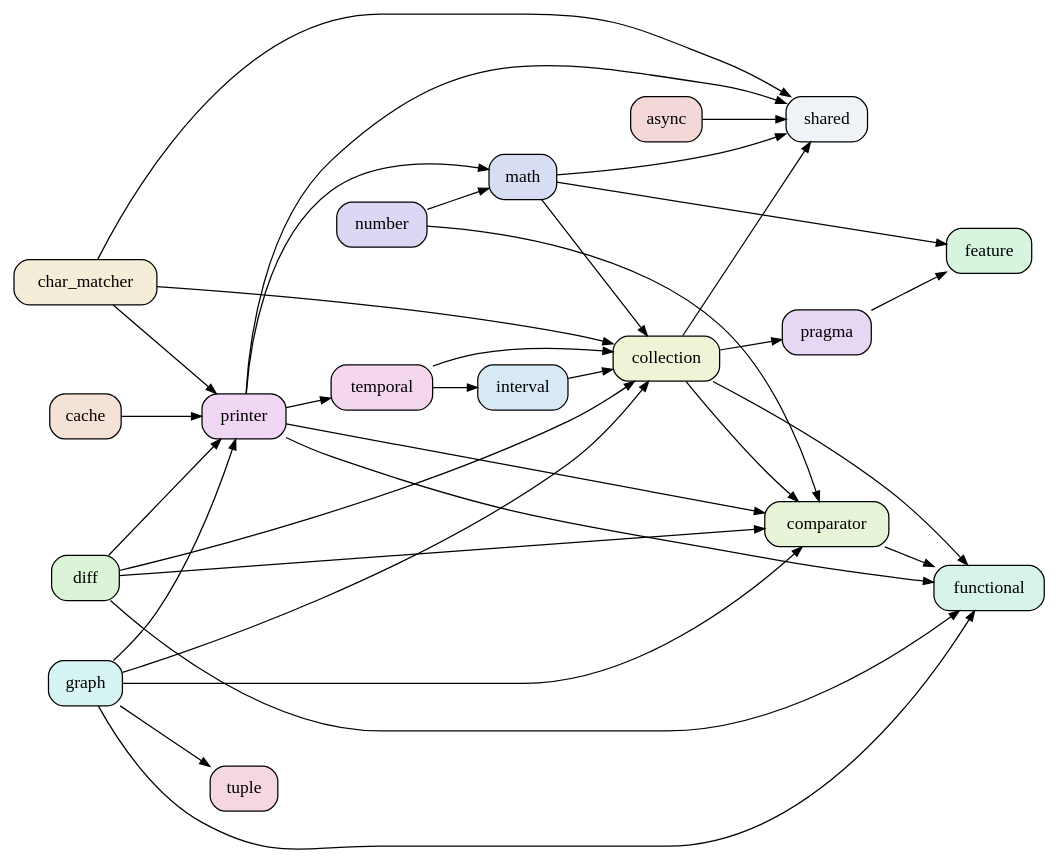
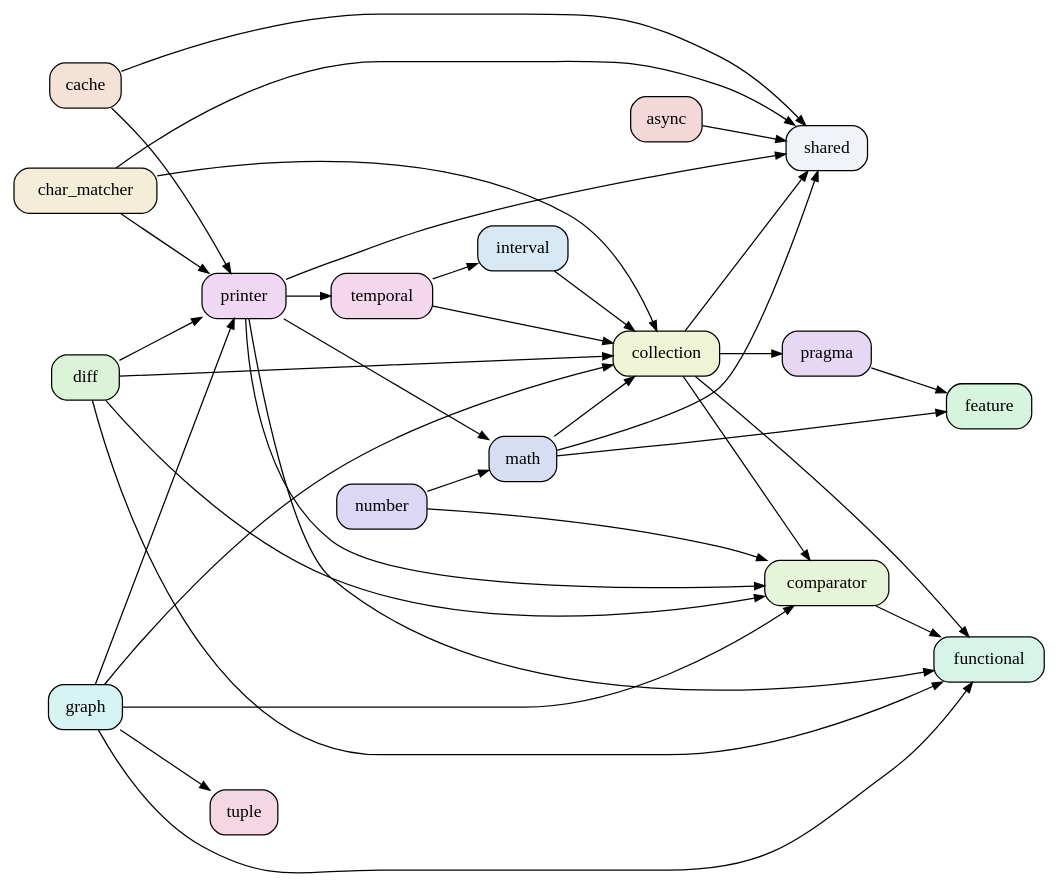
Before and after one commit to renggli/dart-more: the diagram in doc/libs_deps.dot, drawn with Graphviz. The commit also changed 1 other file, not shown here.

Commit message:
Update generated dependency graphs

```diff
--- a/doc/libs_deps.dot
+++ b/doc/libs_deps.dot
@@ -1,53 +1,54 @@
 digraph {
   rankdir=LR;
   0 [label=collection, shape=box, style="rounded,filled", fillcolor="#f0f4d7"];
   1 [label=pragma, shape=box, style="rounded,filled", fillcolor="#e6d7f4"];
   2 [label=shared, shape=box, style="rounded,filled", fillcolor="#f0f4f8"];
   3 [label=comparator, shape=box, style="rounded,filled", fillcolor="#e6f4d7"];
   4 [label=functional, shape=box, style="rounded,filled", fillcolor="#d7f4e9"];
   5 [label=interval, shape=box, style="rounded,filled", fillcolor="#d7e9f4"];
   6 [label=temporal, shape=box, style="rounded,filled", fillcolor="#f4d7ed"];
   7 [label=char_matcher, shape=box, style="rounded,filled", fillcolor="#f4edd7"];
   8 [label=printer, shape=box, style="rounded,filled", fillcolor="#f0d7f4"];
   9 [label=async, shape=box, style="rounded,filled", fillcolor="#f4d7d7"];
   10 [label=cache, shape=box, style="rounded,filled", fillcolor="#f4e2d7"];
   11 [label="graph", shape=box, style="rounded,filled", fillcolor="#d7f4f4"];
   12 [label=tuple, shape=box, style="rounded,filled", fillcolor="#f4d7e2"];
   13 [label=feature, shape=box, style="rounded,filled", fillcolor="#d7f4de"];
   14 [label=number, shape=box, style="rounded,filled", fillcolor="#dbd7f4"];
   15 [label=math, shape=box, style="rounded,filled", fillcolor="#d7def4"];
   16 [label=diff, shape=box, style="rounded,filled", fillcolor="#dbf4d7"];
   0 -> 1 [arrowsize="0.8"];
   0 -> 2 [arrowsize="0.8"];
   0 -> 3 [arrowsize="0.8"];
   0 -> 4 [arrowsize="0.8"];
   1 -> 13 [arrowsize="0.8"];
   3 -> 4 [arrowsize="0.8"];
   5 -> 0 [arrowsize="0.8"];
   6 -> 0 [arrowsize="0.8"];
   6 -> 5 [arrowsize="0.8"];
   7 -> 8 [arrowsize="0.8"];
   7 -> 2 [arrowsize="0.8"];
   7 -> 0 [arrowsize="0.8"];
   8 -> 15 [arrowsize="0.8"];
   8 -> 3 [arrowsize="0.8"];
   8 -> 4 [arrowsize="0.8"];
   8 -> 2 [arrowsize="0.8"];
   8 -> 6 [arrowsize="0.8"];
   9 -> 2 [arrowsize="0.8"];
   10 -> 8 [arrowsize="0.8"];
+  10 -> 2 [arrowsize="0.8"];
   11 -> 3 [arrowsize="0.8"];
   11 -> 4 [arrowsize="0.8"];
   11 -> 0 [arrowsize="0.8"];
   11 -> 8 [arrowsize="0.8"];
   11 -> 12 [arrowsize="0.8"];
   14 -> 15 [arrowsize="0.8"];
   14 -> 3 [arrowsize="0.8"];
   15 -> 2 [arrowsize="0.8"];
   15 -> 13 [arrowsize="0.8"];
   15 -> 0 [arrowsize="0.8"];
   16 -> 0 [arrowsize="0.8"];
   16 -> 3 [arrowsize="0.8"];
   16 -> 4 [arrowsize="0.8"];
   16 -> 8 [arrowsize="0.8"];
 }
```
